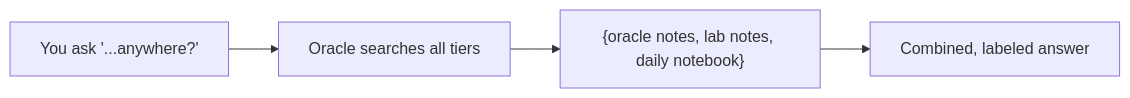
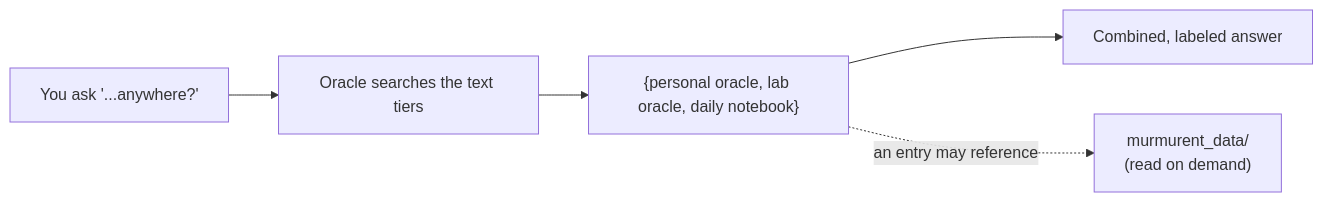
One commit to hallettmiket/murmurent changed the diagram in docs/vault_vignettes/7_recall_across_tiers.md. Above: the diagram before and after it, drawn with Mermaid. The commit also changed other lines of this file and 5 other files, not shown here.

First line of the commit message:
docs: dedicated murmurent_data page + vault nav grouping + vignette fixes

````diff
--- a/docs/vault_vignettes/7_recall_across_tiers.md
+++ b/docs/vault_vignettes/7_recall_across_tiers.md
@@ -31,6 +38,7 @@
 ```mermaid
 flowchart LR
-    A["You ask '...anywhere?'"] --> B[Oracle searches all tiers]
-    B --> C["{oracle notes, lab notes, daily notebook}"]
+    A["You ask '...anywhere?'"] --> B[Oracle searches the text tiers]
+    B --> C["{personal oracle, lab oracle, daily notebook}"]
     C --> D[Combined, labeled answer]
+    C -. "an entry may reference" .-> E["murmurent_data/<br/>(read on demand)"]
 ```
````
